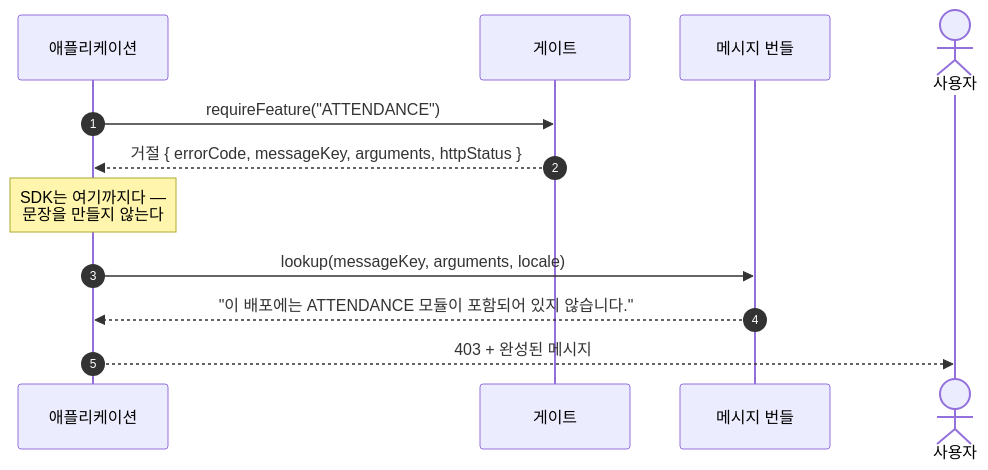
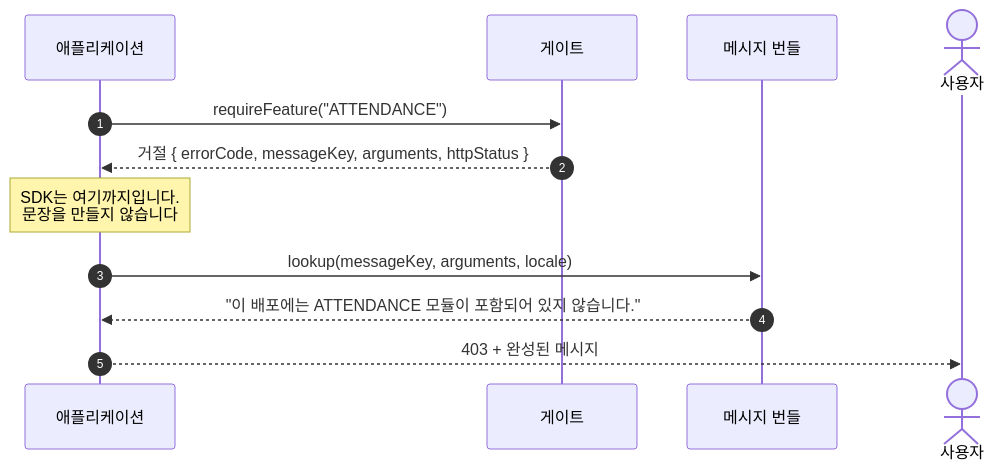
Before and after one commit to accesscore-dev/accesscore-license-sdk-dist: the diagram in docs/manual/ko/messages.md, drawn with Mermaid. The commit also changed 6 other files, not shown here.

Commit message:
docs: hold the Korean diagrams to the same style as the prose

````diff
--- a/docs/manual/ko/messages.md
+++ b/docs/manual/ko/messages.md
@@ -9,15 +9,15 @@
 ```mermaid
 sequenceDiagram
     autonumber
     participant App as 애플리케이션
     participant Gate as 게이트
     participant I18n as 메시지 번들
     actor User as 사용자
 
     App->>Gate: requireFeature("ATTENDANCE")
     Gate-->>App: 거절 { errorCode, messageKey, arguments, httpStatus }
-    Note over App: SDK는 여기까지다 —<br/>문장을 만들지 않는다
+    Note over App: SDK는 여기까지입니다.<br/>문장을 만들지 않습니다
     App->>I18n: lookup(messageKey, arguments, locale)
     I18n-->>App: "이 배포에는 ATTENDANCE 모듈이 포함되어 있지 않습니다."
     App-->>User: 403 + 완성된 메시지
 ```
````
